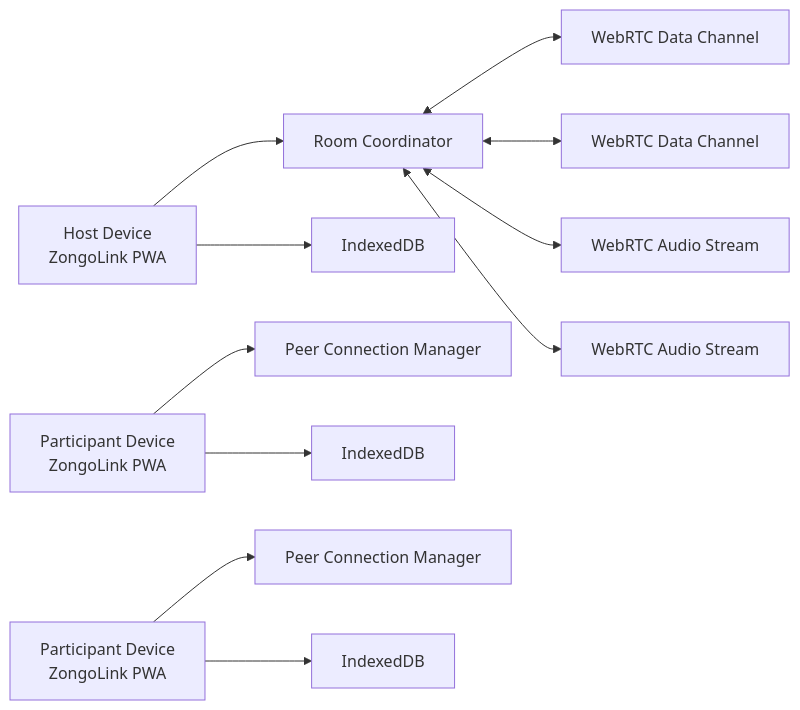
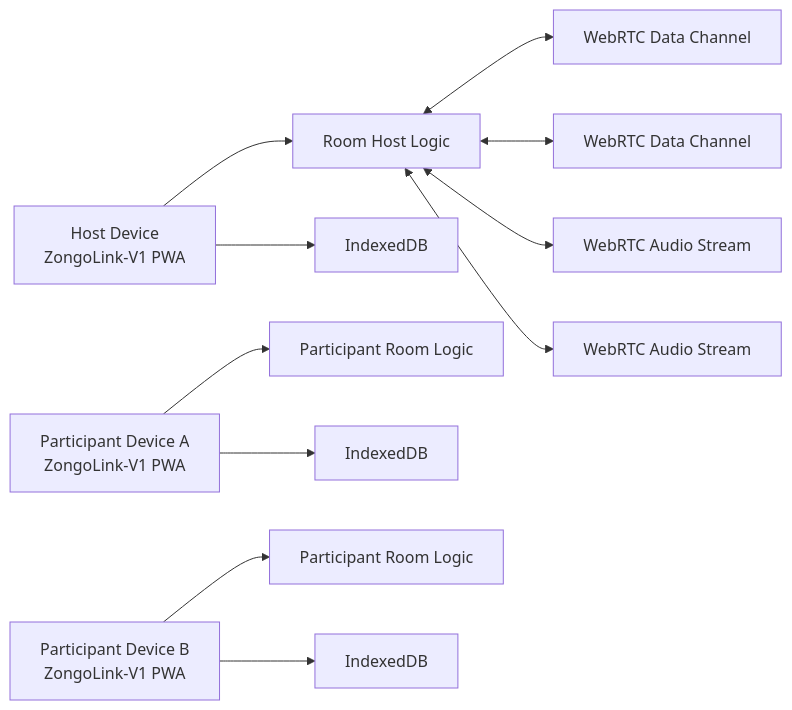
The first of 8 diagrams in docs/ARCHITECTURE.md (zongobase-Web/ZongoLink-V1), drawn with Mermaid before and after one commit. The commit also changed other lines of this file, not shown here.

````diff
--- a/docs/ARCHITECTURE.md
+++ b/docs/ARCHITECTURE.md
@@ -45,15 +53,15 @@
 ```mermaid
 flowchart LR
-    Host["Host Device<br/>ZongoLink PWA"] --> HostRoom["Room Coordinator"]
-    ParticipantA["Participant Device<br/>ZongoLink PWA"] --> PeerA["Peer Connection Manager"]
-    ParticipantB["Participant Device<br/>ZongoLink PWA"] --> PeerB["Peer Connection Manager"]
+    Host["Host Device<br/>ZongoLink-V1 PWA"] --> Room["Room Host Logic"]
+    GuestA["Participant Device A<br/>ZongoLink-V1 PWA"] --> PeerA["Participant Room Logic"]
+    GuestB["Participant Device B<br/>ZongoLink-V1 PWA"] --> PeerB["Participant Room Logic"]
 
-    HostRoom <--> DataA["WebRTC Data Channel"]
-    HostRoom <--> DataB["WebRTC Data Channel"]
-    HostRoom <--> AudioA["WebRTC Audio Stream"]
-    HostRoom <--> AudioB["WebRTC Audio Stream"]
+    Room <--> DataA["WebRTC Data Channel"]
+    Room <--> DataB["WebRTC Data Channel"]
+    Room <--> AudioA["WebRTC Audio Stream"]
+    Room <--> AudioB["WebRTC Audio Stream"]
 
     Host --> StoreH["IndexedDB"]
-    ParticipantA --> StoreA["IndexedDB"]
-    ParticipantB --> StoreB["IndexedDB"]
+    GuestA --> StoreA["IndexedDB"]
+    GuestB --> StoreB["IndexedDB"]
 ```
````
